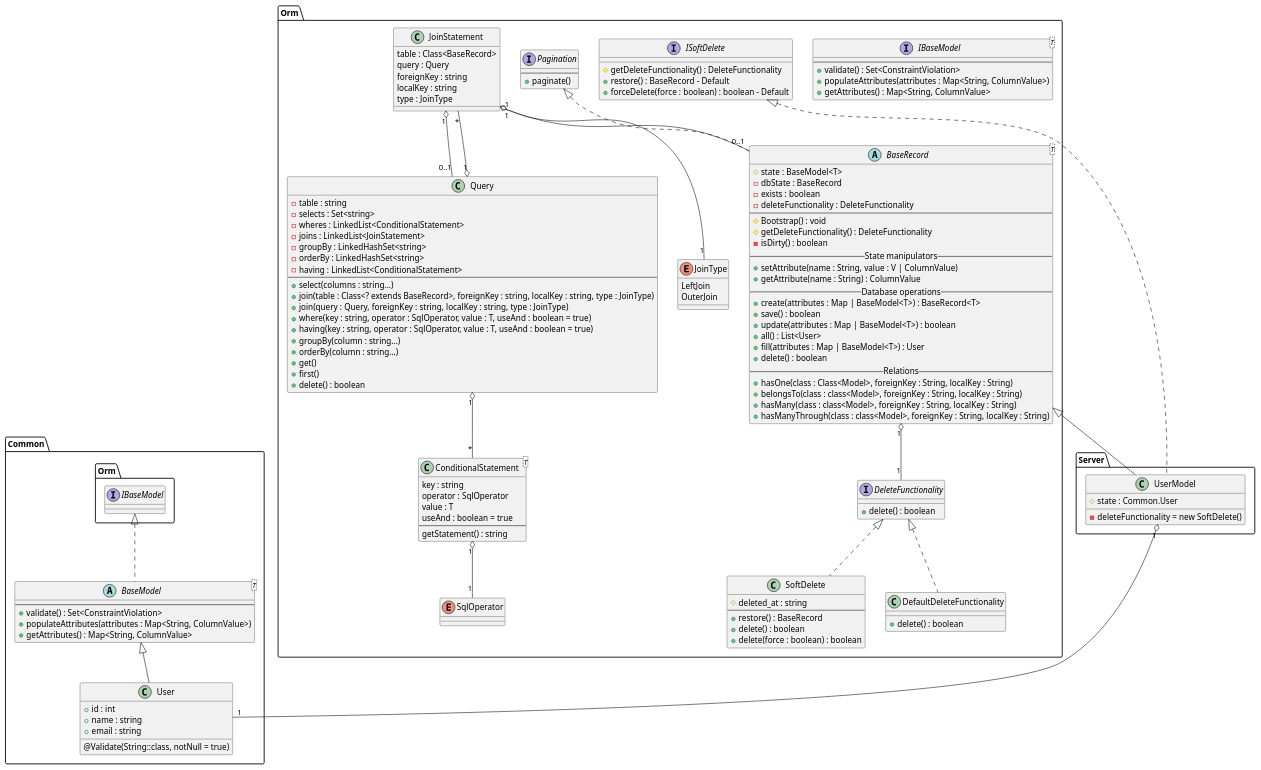
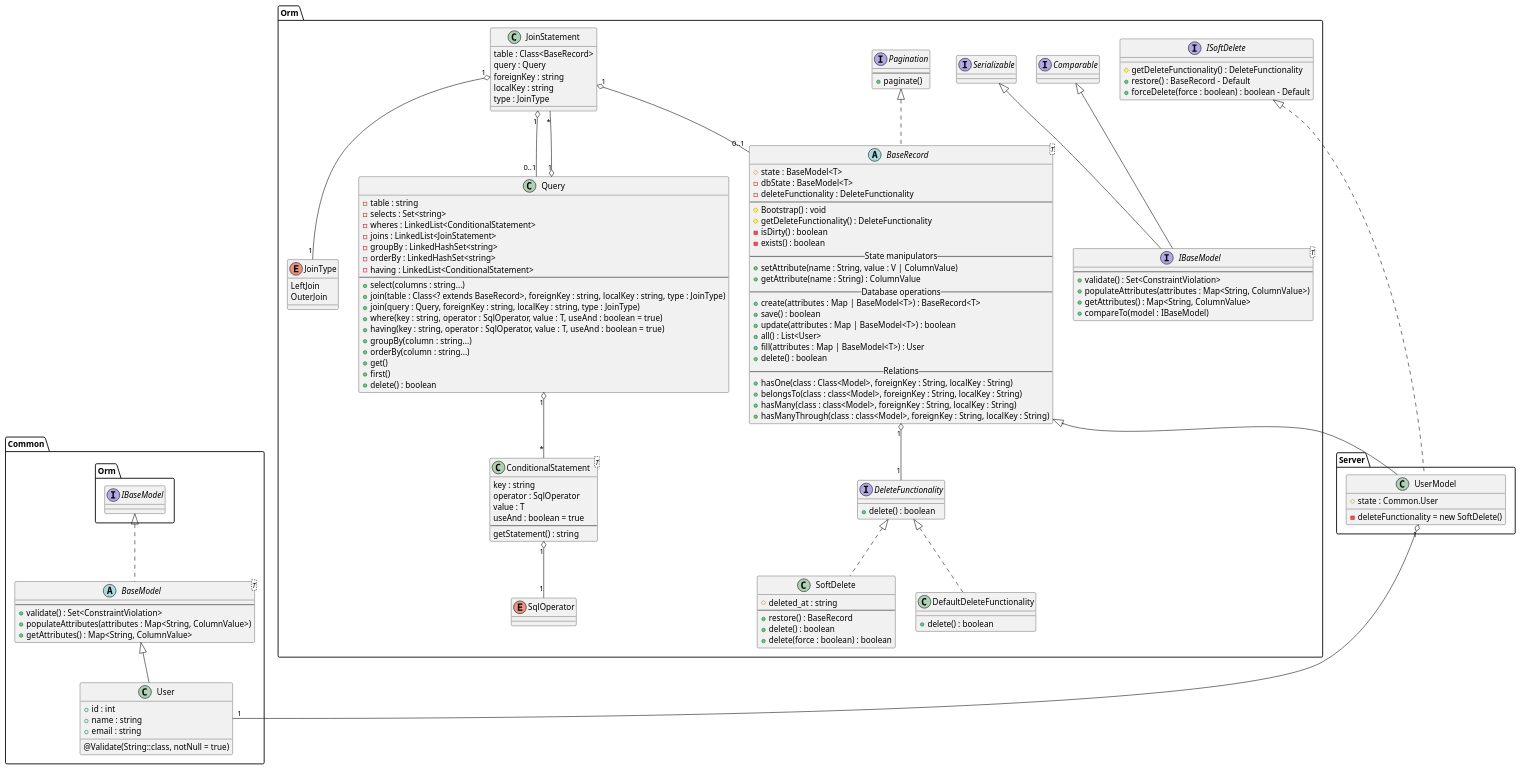
The diagram in orm.puml (asmadsen/pgr200-exam), drawn with PlantUML before and after one commit. The commit also changed 12 other files, not shown here.

Commit message:
Create, update and save for BaseRecord + tests

```diff
--- a/orm.puml
+++ b/orm.puml
@@ -1,153 +1,154 @@
 @startuml
 
 namespace Common {
     class User extends BaseModel {
         +id : int
         +name : string
         @Validate(String::class, notNull = true)
         +email : string
     }
 
     abstract class BaseModel<T> implements Orm.IBaseModel {
         ---
         +validate() : Set<ConstraintViolation>
         +populateAttributes(attributes : Map<String, ColumnValue>)
         +getAttributes() : Map<String, ColumnValue>
     }
 }
 
 namespace Orm {
 
-    interface IBaseModel<T> {
+    interface IBaseModel<T> extends Comparable, Serializable {
         ---
         +validate() : Set<ConstraintViolation>
         +populateAttributes(attributes : Map<String, ColumnValue>)
         +getAttributes() : Map<String, ColumnValue>
+        +compareTo(model : IBaseModel)
     }
 
 
     abstract class BaseRecord<T> implements Pagination {
         #state : BaseModel<T>
-        -dbState : BaseRecord
-        -exists : boolean
+        -dbState : BaseModel<T>
         -deleteFunctionality : DeleteFunctionality
         ---
         #Bootstrap() : void
         #getDeleteFunctionality() : DeleteFunctionality
         -isDirty() : boolean
+        -exists() : boolean
         -- State manipulators --
         +setAttribute(name : String, value : V | ColumnValue)
         +getAttribute(name : String) : ColumnValue
         -- Database operations --
         +create(attributes : Map | BaseModel<T>) : BaseRecord<T>
         +save() : boolean
         +update(attributes : Map | BaseModel<T>) : boolean
         +all() : List<User>
         +fill(attributes : Map | BaseModel<T>) : User
         +delete() : boolean
         -- Relations --
         +hasOne(class : Class<Model>, foreignKey : String, localKey : String)
         +belongsTo(class : class<Model>, foreignKey : String, localKey : String)
         +hasMany(class : class<Model>, foreignKey : String, localKey : String)
         +hasManyThrough(class : class<Model>, foreignKey : String, localKey : String)
     }
 
 
     interface Pagination {
         ---
         +paginate()
     }
 
     interface DeleteFunctionality {
         +delete() : boolean
     }
 
     BaseRecord "1" o-- "1" DeleteFunctionality
 
     class DefaultDeleteFunctionality implements DeleteFunctionality {
         +delete() : boolean
     }
 
     class SoftDelete implements DeleteFunctionality {
         #deleted_at : string
         ---
         +restore() : BaseRecord
         +delete() : boolean
         +delete(force : boolean) : boolean
     }
 
     interface ISoftDelete {
         #getDeleteFunctionality() : DeleteFunctionality
         +restore() : BaseRecord - Default
         +forceDelete(force : boolean) : boolean - Default
     }
 
     class Query {
         -table : string
         -selects : Set<string>
         -wheres : LinkedList<ConditionalStatement>
         -joins : LinkedList<JoinStatement>
         -groupBy : LinkedHashSet<string>
         -orderBy : LinkedHashSet<string>
         -having : LinkedList<ConditionalStatement>
         ---
         +select(columns : string...)
         +join(table : Class<? extends BaseRecord>, foreignKey : string, localKey : string, type : JoinType)
         +join(query : Query, foreignKey : string, localKey : string, type : JoinType)
         +where(key : string, operator : SqlOperator, value : T, useAnd : boolean = true)
         +having(key : string, operator : SqlOperator, value : T, useAnd : boolean = true)
         +groupBy(column : string...)
         +orderBy(column : string...)
         +get()
         +first()
         +delete() : boolean
     }
 
     Query "1" o-- "*" ConditionalStatement
     Query "1" o-- "*" JoinStatement
 
     class ConditionalStatement<T> {
         key : string
         operator : SqlOperator
         value : T
         useAnd : boolean = true
         ---
         getStatement() : string
     }
 
     ConditionalStatement "1" o-- "1" SqlOperator
 
     class JoinStatement {
         table : Class<BaseRecord>
         query : Query
         foreignKey : string
         localKey : string
         type : JoinType
     }
 
     enum JoinType {
         LeftJoin
         OuterJoin
     }
 
     JoinStatement "1" o-- "1" JoinType
     JoinStatement "1" o-- "0..1" Query
     JoinStatement "1" o-- "0..1" BaseRecord
 
     enum SqlOperator {
 
     }
 
 
 }
 
 namespace Server {
     class UserModel extends Orm.BaseRecord implements Orm.ISoftDelete {
         #state : Common.User
         -deleteFunctionality = new SoftDelete()
     }
 
     UserModel "1" o--- "1" Common.User
 }
 
 @enduml
```
